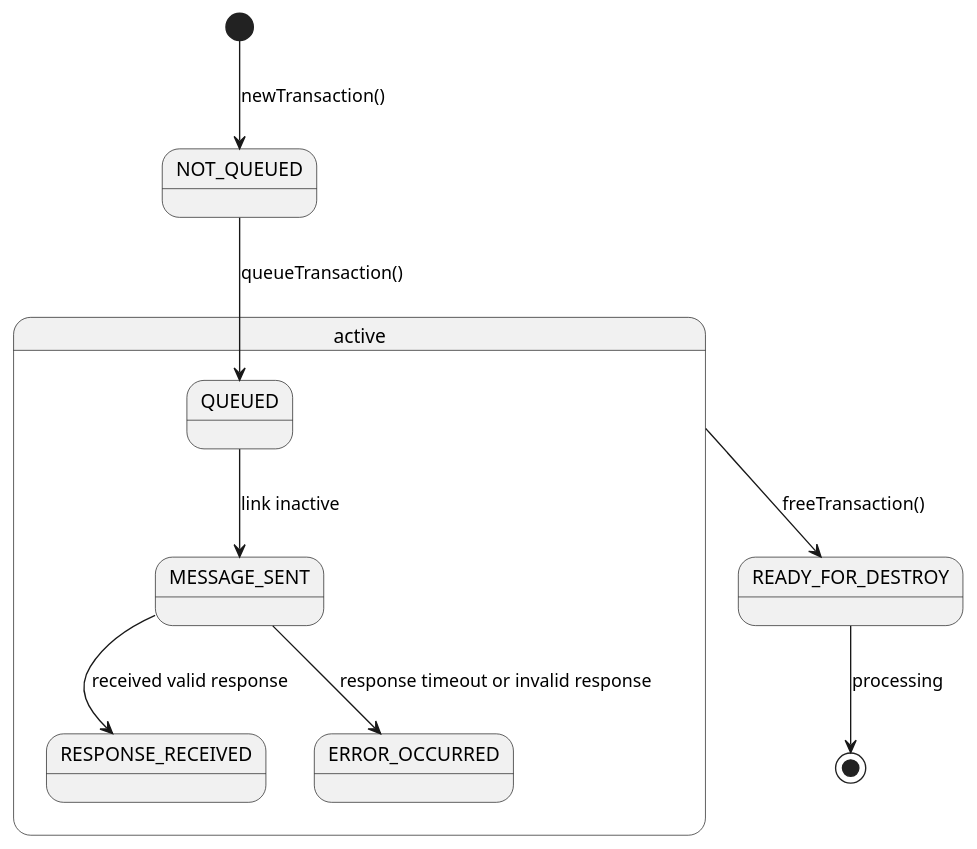
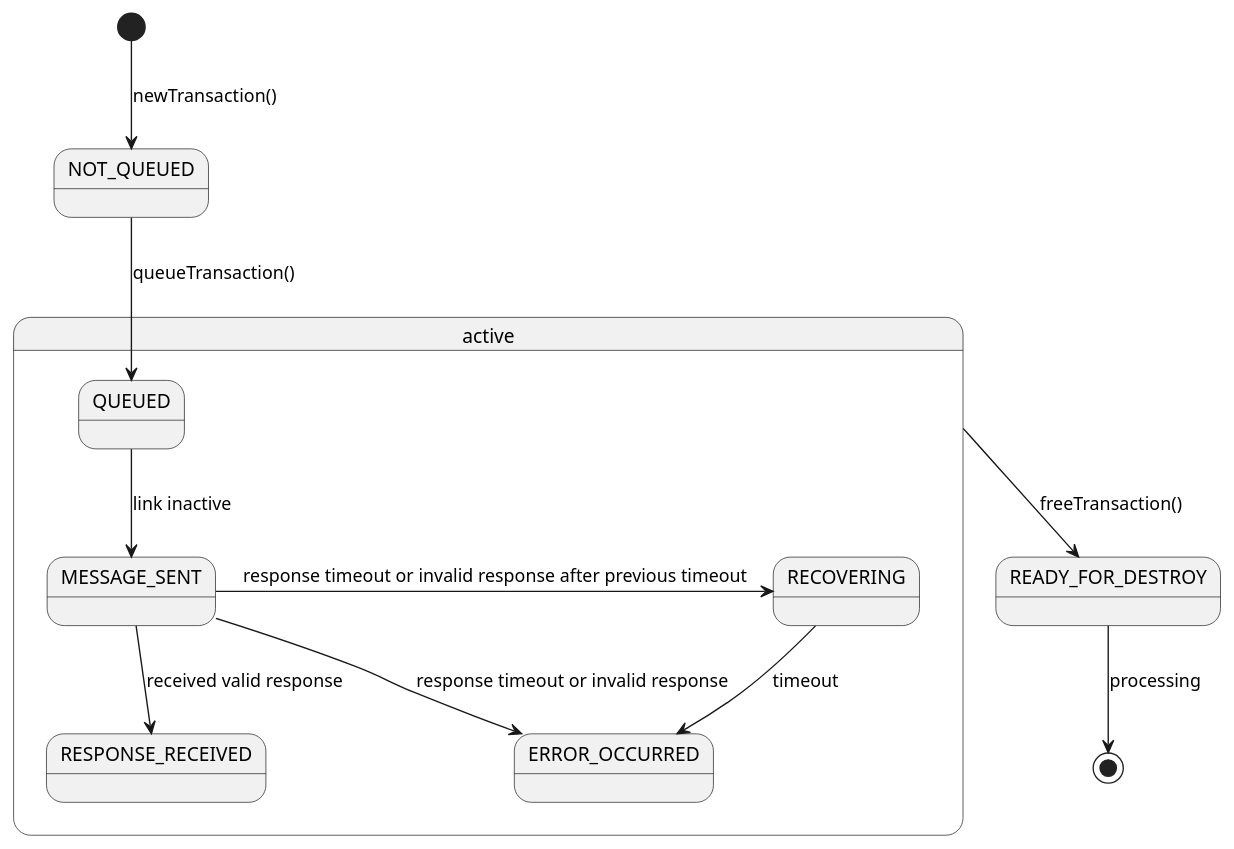
One commit to letscontrolit/ESPEasy changed the diagram in misc/modbusFacility/Modbus_link_state.puml. Above: the diagram before and after it, drawn with PlantUML. The commit also changed 7 other files, not shown here.

```diff
--- a/misc/modbusFacility/Modbus_link_state.puml
+++ b/misc/modbusFacility/Modbus_link_state.puml
@@ -1,11 +1,14 @@
 @startuml
 [*] --> NOT_QUEUED : newTransaction()
 state active {
 NOT_QUEUED --> QUEUED : queueTransaction()
 QUEUED --> MESSAGE_SENT : link inactive
 MESSAGE_SENT --> RESPONSE_RECEIVED : received valid response
 MESSAGE_SENT --> ERROR_OCCURRED : response timeout or invalid response
+MESSAGE_SENT -right-> RECOVERING : response timeout or invalid response after previous timeout
+RECOVERING --> ERROR_OCCURRED : timeout
 }
 active -down-> READY_FOR_DESTROY : freeTransaction()
 READY_FOR_DESTROY --> [*] : processing
+
 @enduml
```
